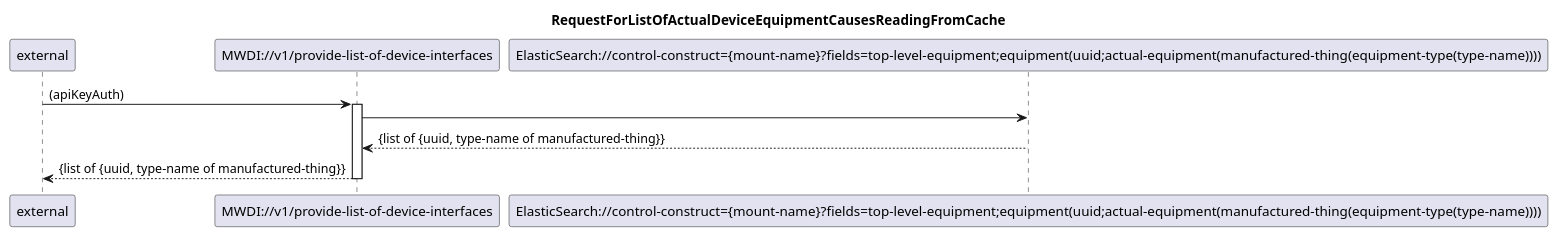
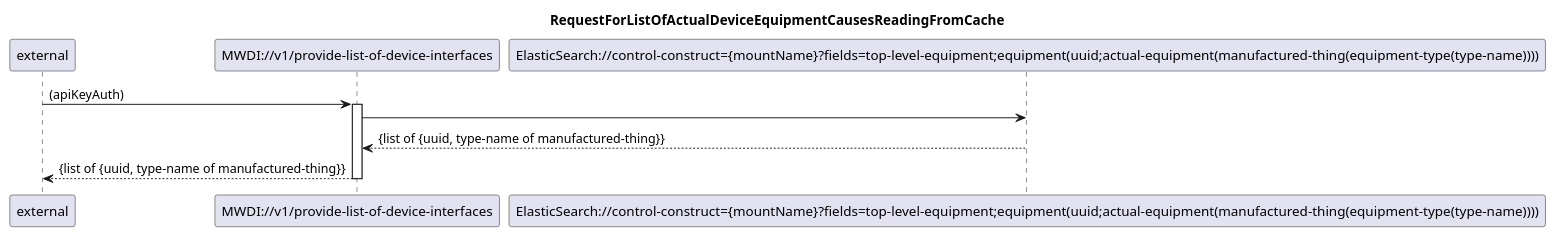
Before and after one commit to openBackhaul/MicroWaveDeviceInventory: the diagram in spec/diagrams/102_ProvideListOfActualDeviceEquipment.plantuml, drawn with PlantUML. The commit also changed 11 other files, not shown here.

First line of the commit message:
Replace parameter mount-name by mountName

```diff
--- a/spec/diagrams/102_ProvideListOfActualDeviceEquipment.plantuml
+++ b/spec/diagrams/102_ProvideListOfActualDeviceEquipment.plantuml
@@ -1,19 +1,19 @@
 @startuml 102_provideListOfActualDeviceEquipment
 skinparam responseMessageBelowArrow true
 
 title  RequestForListOfActualDeviceEquipmentCausesReadingFromCache
 
 participant "external" as requestor
 participant "MWDI://v1/provide-list-of-device-interfaces" as provideListOfActualDeviceEquipment
-participant "ElasticSearch://control-construct={mount-name}?fields=top-level-equipment;equipment(uuid;actual-equipment(manufactured-thing(equipment-type(type-name))))" as ActualDeviceEquipmentList
+participant "ElasticSearch://control-construct={mountName}?fields=top-level-equipment;equipment(uuid;actual-equipment(manufactured-thing(equipment-type(type-name))))" as ActualDeviceEquipmentList
 
 requestor -> provideListOfActualDeviceEquipment: (apiKeyAuth)
 activate provideListOfActualDeviceEquipment
 
 provideListOfActualDeviceEquipment -> ActualDeviceEquipmentList
 ActualDeviceEquipmentList --> provideListOfActualDeviceEquipment: {list of {uuid, type-name of manufactured-thing}}
 
 provideListOfActualDeviceEquipment --> requestor: {list of {uuid, type-name of manufactured-thing}}
 deactivate provideListOfActualDeviceEquipment
 
 @enduml
```
